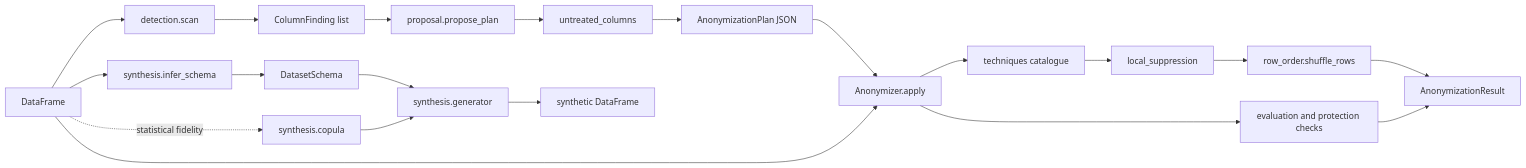
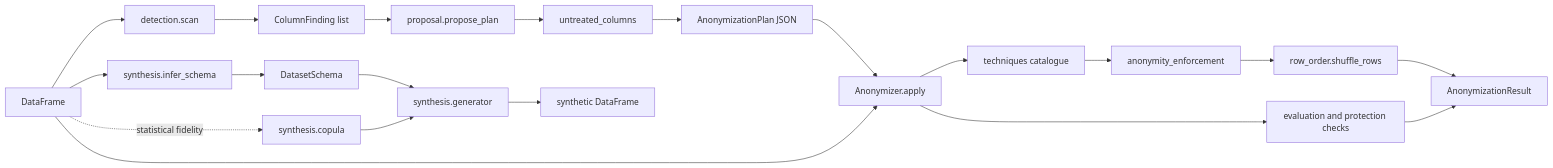
One commit to rmonteiro-pereira/data-anonymizer changed the fourth of 4 diagrams in ARCHITECTURE.md. Above: the diagram before and after it, drawn with Mermaid. The commit also changed other lines of this file and 4 other files, not shown here.

````diff
--- a/ARCHITECTURE.md
+++ b/ARCHITECTURE.md
@@ -144,14 +151,14 @@
 ```mermaid
 flowchart LR
   table[DataFrame] --> scan[detection.scan] --> findings[ColumnFinding list]
   findings --> propose[proposal.propose_plan] --> untreated[untreated_columns]
   untreated --> plan[AnonymizationPlan JSON]
   plan --> apply[Anonymizer.apply]
   table --> apply
-  apply --> techniques[techniques catalogue] --> suppression[local_suppression]
+  apply --> techniques[techniques catalogue] --> suppression[anonymity_enforcement]
   suppression --> shuffle[row_order.shuffle_rows] --> result[AnonymizationResult]
   apply --> evaluation[evaluation and protection checks] --> result
   table --> infer[synthesis.infer_schema] --> schema[DatasetSchema]
   schema --> generate[synthesis.generator] --> synthetic[synthetic DataFrame]
   table -. statistical fidelity .-> copula[synthesis.copula] --> generate
 ```
````
